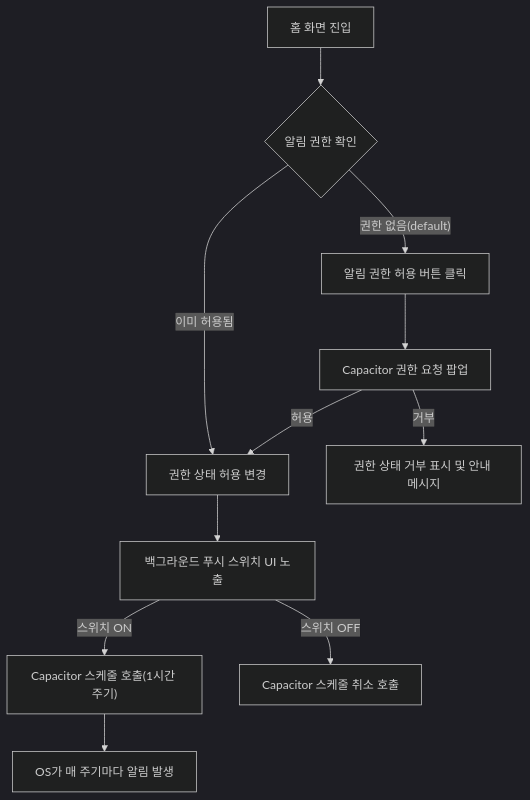
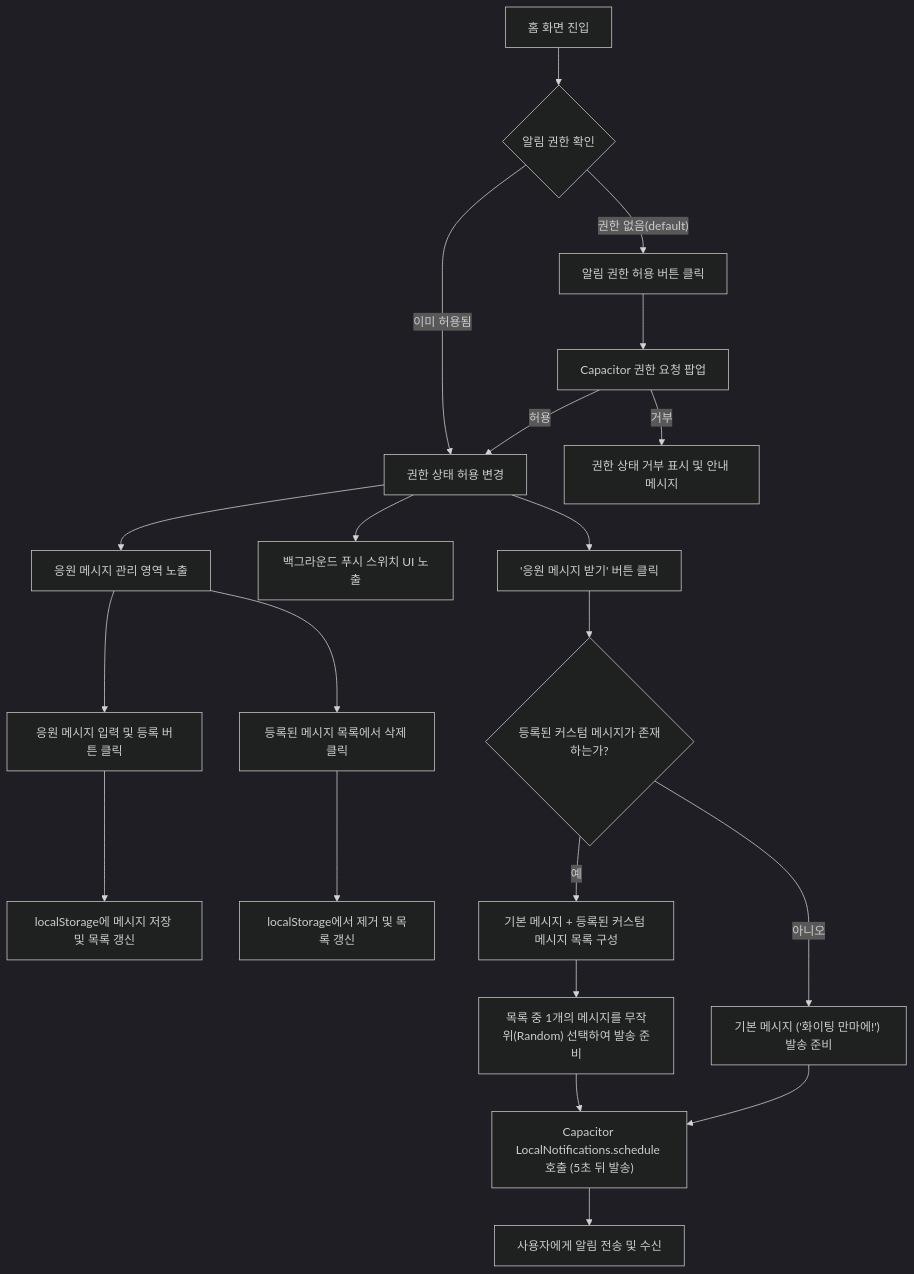
Before and after one commit to mann-lab-apps/dimmer-switch: the first of 2 diagrams in docs/user-flow/push_notification_flow.md, drawn with Mermaid (dark theme). The commit also changed other lines of this file and 5 other files, not shown here.

Commit message:
feat: 커스텀 응원 메시지 등록/삭제 기능 및 랜덤 푸시 기능 추가 (BDD-TDD 완료)

````diff
--- a/docs/user-flow/push_notification_flow.md
+++ b/docs/user-flow/push_notification_flow.md
@@ -18,13 +19,28 @@
 ```mermaid
 flowchart TD
     A["홈 화면 진입"] --> B{"알림 권한 확인"}
     B -- "권한 없음(default)" --> C["알림 권한 허용 버튼 클릭"]
     C --> D["Capacitor 권한 요청 팝업"]
     D -- "허용" --> E["권한 상태 허용 변경"]
     D -- "거부" --> F["권한 상태 거부 표시 및 안내 메시지"]
     B -- "이미 허용됨" --> E
-    E --> I["백그라운드 푸시 스위치 UI 노출"]
-    I -- "스위치 ON" --> G["Capacitor 스케줄 호출(1시간 주기)"]
-    I -- "스위치 OFF" --> J["Capacitor 스케줄 취소 호출"]
-    G --> H["OS가 매 주기마다 알림 발생"]
+    
+    E --> G["응원 메시지 관리 영역 노출"]
+    E --> H["백그라운드 푸시 스위치 UI 노출"]
+    
+    %% 응원 메시지 관리
+    G --> I["응원 메시지 입력 및 등록 버튼 클릭"]
+    I --> J["localStorage에 메시지 저장 및 목록 갱신"]
+    G --> K["등록된 메시지 목록에서 삭제 클릭"]
+    K --> L["localStorage에서 제거 및 목록 갱신"]
+    
+    %% 즉시 응원 알림 받기
+    E --> M["'응원 메시지 받기' 버튼 클릭"]
+    M --> N{"등록된 커스텀 메시지가 존재하는가?"}
+    N -- "아니오" --> O["기본 메시지 ('화이팅 만마에!') 발송 준비"]
+    N -- "예" --> P["기본 메시지 + 등록된 커스텀 메시지 목록 구성"]
+    P --> Q["목록 중 1개의 메시지를 무작위(Random) 선택하여 발송 준비"]
+    O --> R["Capacitor LocalNotifications.schedule 호출 (5초 뒤 발송)"]
+    Q --> R
+    R --> S["사용자에게 알림 전송 및 수신"]
 ```
````
